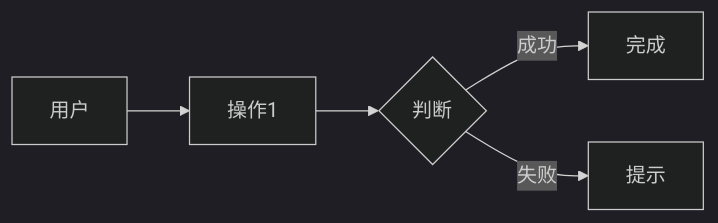
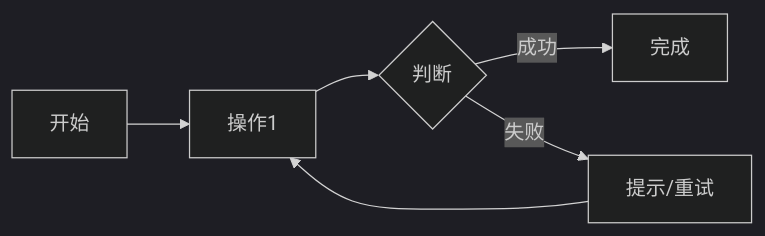
The diagram in .claude/skills/sop-prd/references/05_PRD_LITE.md (TanLinRu/personal-sop), drawn with Mermaid (dark theme) before and after one commit. The commit also changed other lines of this file and 4 other files, not shown here.

````diff
--- a/.claude/skills/sop-prd/references/05_PRD_LITE.md
+++ b/.claude/skills/sop-prd/references/05_PRD_LITE.md
@@ -56,7 +88,8 @@
 ```mermaid
 graph LR
-  A[用户] --> B[操作1]
+  A[开始] --> B[操作1]
   B --> C{判断}
   C -->|成功| D[完成]
-  C -->|失败| E[提示]
+  C -->|失败| E[提示/重试]
+  E --> B
 ```
````
